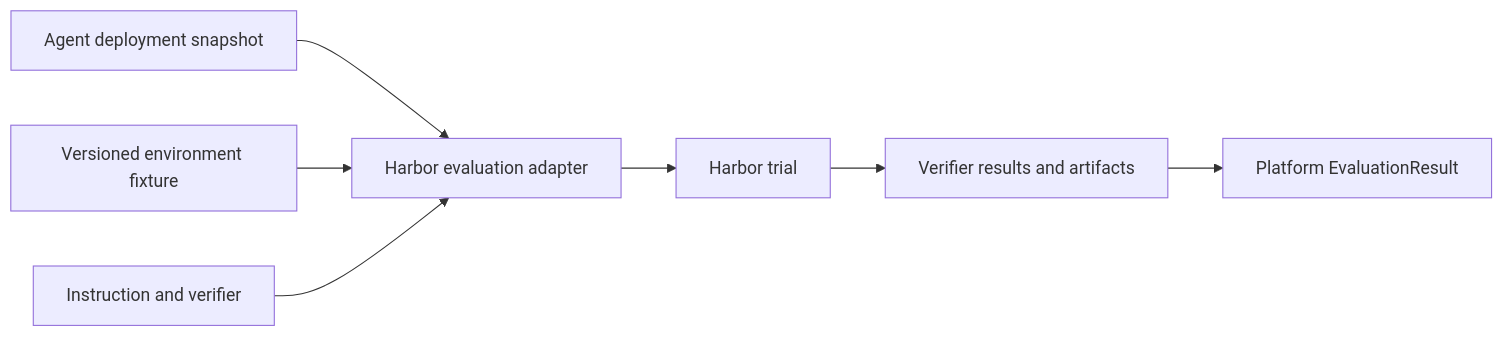
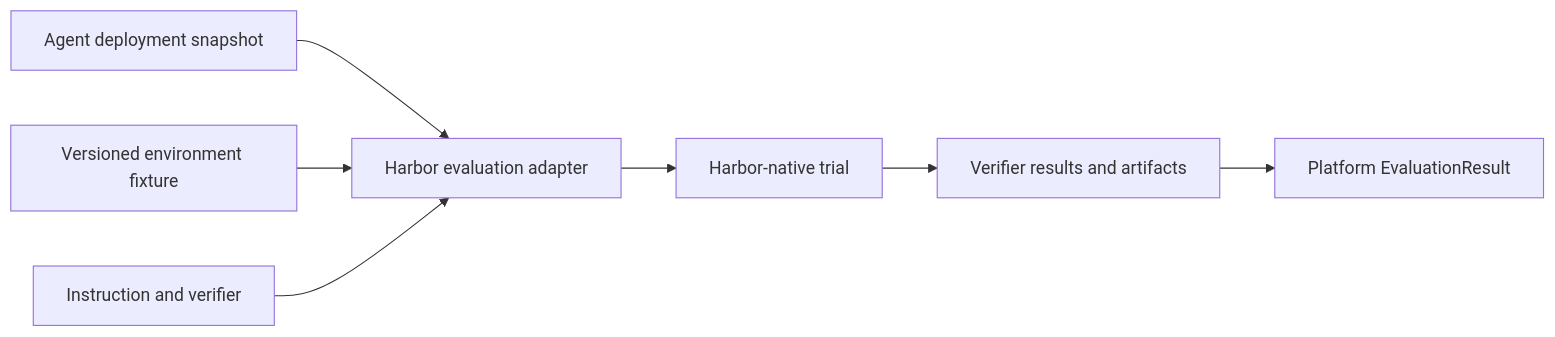
One commit to thaithienvanid/agentic-reference-architecture changed the diagram in evaluation/harbor.mdx. Above: the diagram before and after it, drawn with Mermaid. The commit also changed other lines of this file, not shown here.

Commit message:
clarify Harbor trial mapping and invocation semantics

````diff
--- a/evaluation/harbor.mdx
+++ b/evaluation/harbor.mdx
@@ -12,9 +14,9 @@
 ```mermaid
 flowchart LR
     Snapshot["Agent deployment snapshot"] --> Adapter["Harbor evaluation adapter"]
     Fixture["Versioned environment fixture"] --> Adapter
     Task["Instruction and verifier"] --> Adapter
-    Adapter --> Trial["Harbor trial"]
+    Adapter --> Trial["Harbor-native trial"]
     Trial --> Raw["Verifier results and artifacts"]
     Raw --> Result["Platform EvaluationResult"]
 ```
````
